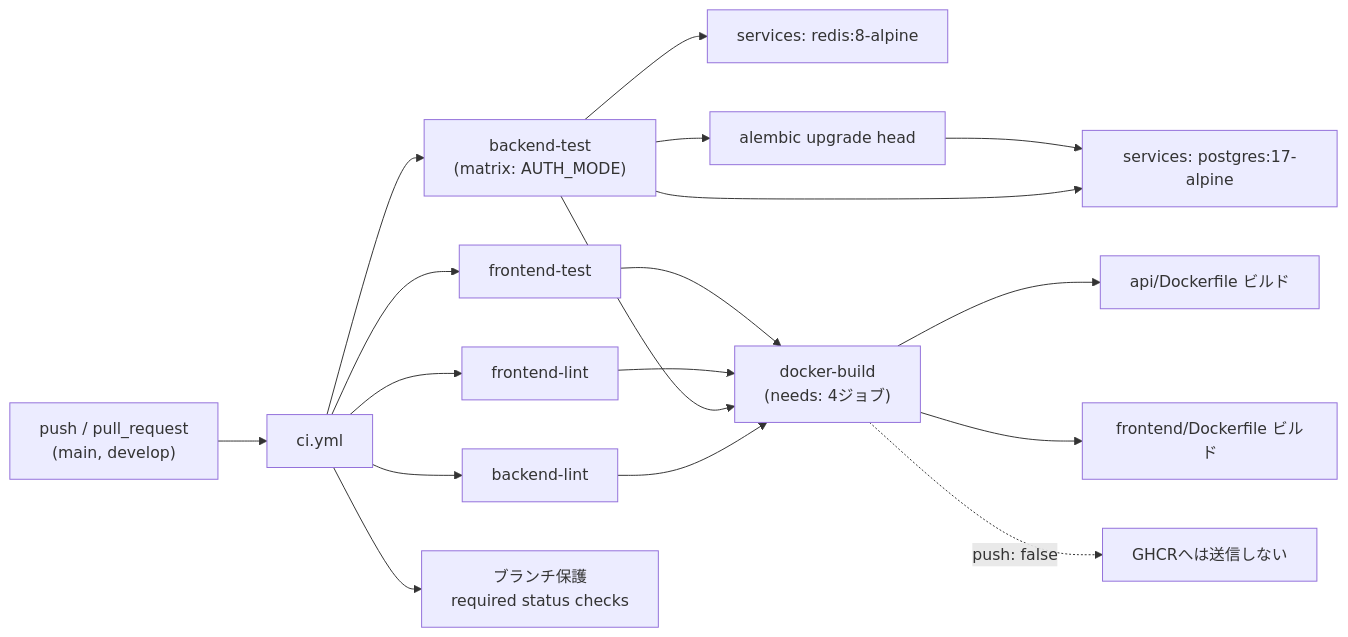
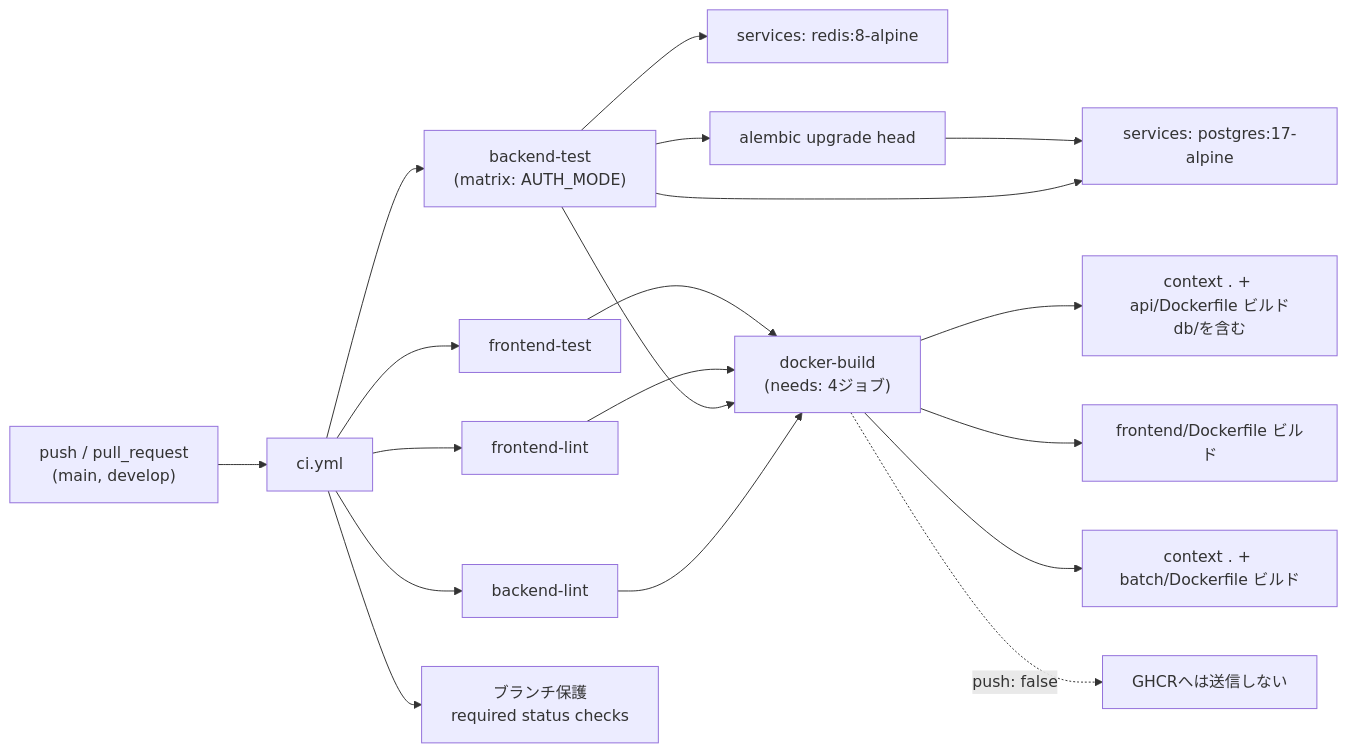
Before and after one commit to oikawa-d/task_management: the fourth of 4 diagrams in detailed_design/infra/05_ci_workflow.md, drawn with Mermaid. The commit also changed other lines of this file and 14 other files, not shown here.

````diff
--- a/detailed_design/infra/05_ci_workflow.md
+++ b/detailed_design/infra/05_ci_workflow.md
@@ -219,20 +219,21 @@
 ```mermaid
 flowchart LR
     TRIG["push / pull_request<br/>(main, develop)"] --> WF["ci.yml"]
     WF --> BL["backend-lint"]
     WF --> BT["backend-test<br/>(matrix: AUTH_MODE)"]
     WF --> FL["frontend-lint"]
     WF --> FT["frontend-test"]
     BT --> PGSVC["services: postgres:17-alpine"]
     BT --> RDSVC["services: redis:8-alpine"]
     BT --> MIG["alembic upgrade head"]
     MIG --> PGSVC
     BL --> DB["docker-build<br/>(needs: 4ジョブ)"]
     BT --> DB
     FL --> DB
     FT --> DB
-    DB --> IMGBE["api/Dockerfile ビルド"]
+    DB --> IMGBE["context . + api/Dockerfile ビルド<br/>db/を含む"]
     DB --> IMGFE["frontend/Dockerfile ビルド"]
+    DB --> IMGBA["context . + batch/Dockerfile ビルド"]
     DB -.->|"push: false"| NOPUSH["GHCRへは送信しない"]
     WF --> BP["ブランチ保護<br/>required status checks"]
 ```
````
